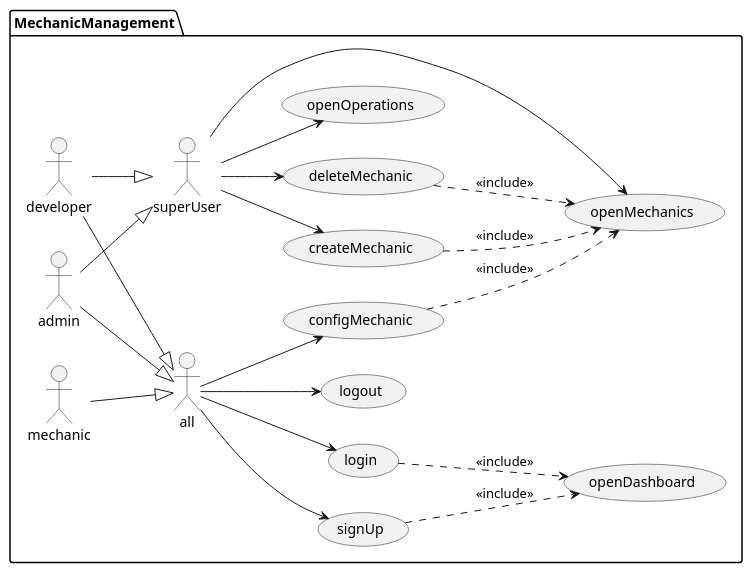
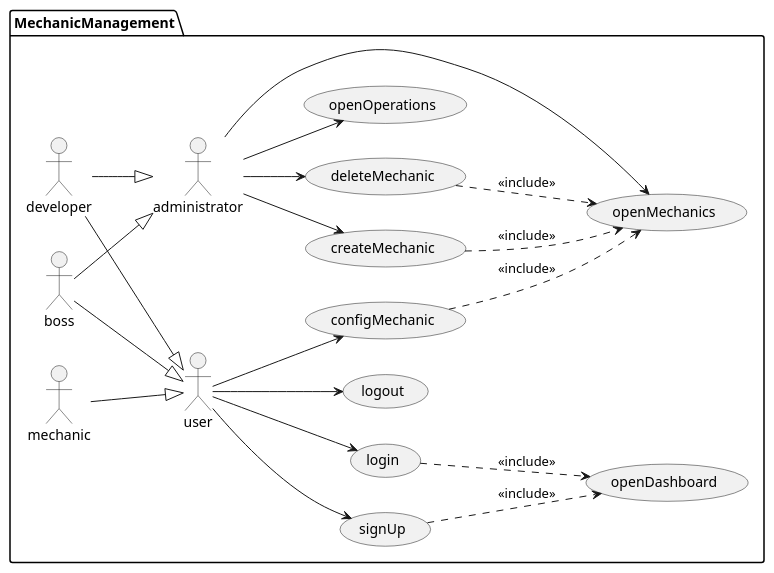
The diagram in documentation/1usecasesview/usecases/puml/mechanicUsecases.puml (Ruskab/agrimManager), drawn with PlantUML before and after one commit. The commit also changed 20 other files, not shown here.

```diff
--- a/documentation/1usecasesview/usecases/puml/mechanicUsecases.puml
+++ b/documentation/1usecasesview/usecases/puml/mechanicUsecases.puml
@@ -1,28 +1,28 @@
 @startuml
 left to right direction
 
 package MechanicManagement {
-:mechanic: --|> :all:
-:admin: --|> :all:
-:developer: --|> :all:
+:mechanic: --|> :user:
+:boss: --|> :user:
+:developer: --|> :user:
 
-:admin: --|> :superUser:
-:developer: --|> :superUser:
+:boss: --|> :administrator:
+:developer: --|> :administrator:
 
 
-:superUser: --> (createMechanic)
-:all: --> (configMechanic)
-:superUser: --> (deleteMechanic)
-:superUser: --> (openMechanics)
-:superUser: --> (openOperations)
-:all: --> (login)
+:administrator: --> (createMechanic)
+:user: --> (configMechanic)
+:administrator: --> (deleteMechanic)
+:administrator: --> (openMechanics)
+:administrator: --> (openOperations)
+:user: --> (login)
 (login) ..> (openDashboard) : <<include>>
 (signUp) ..> (openDashboard) : <<include>>
 (configMechanic) ..> (openMechanics) : <<include>>
 (createMechanic) ..> (openMechanics) : <<include>>
 (deleteMechanic) ..> (openMechanics) : <<include>>
-:all: --> (signUp)
-:all: --> (logout)
+:user: --> (signUp)
+:user: --> (logout)
 }
 
 @enduml
```
